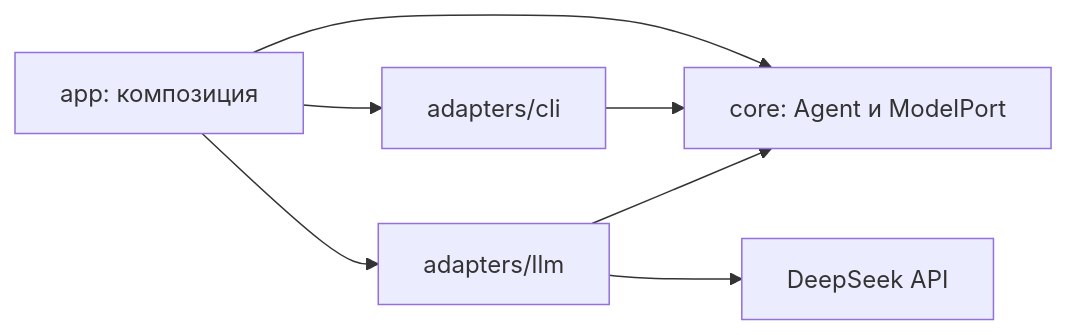
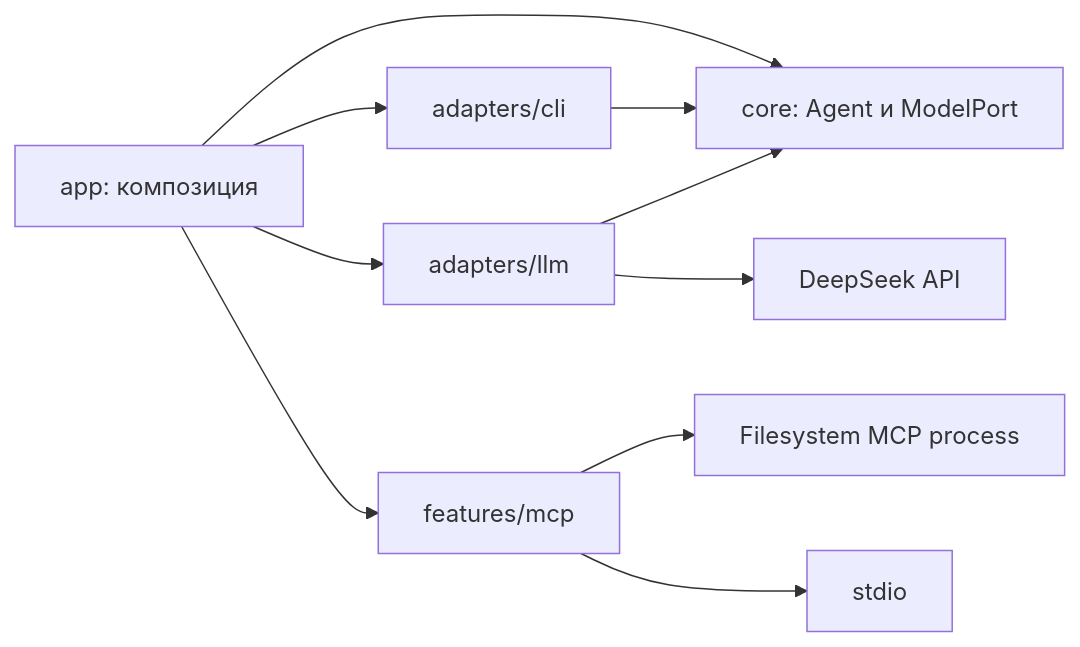
One commit to maxonmars/mcp-lab changed the diagram in ARCHITECTURE.md. Above: the diagram before and after it, drawn with Mermaid. The commit also changed other lines of this file and 44 other files, not shown here.

First line of the commit message:
Add MCP feature with filesystem tool discovery and CLI display

````diff
--- a/ARCHITECTURE.md
+++ b/ARCHITECTURE.md
@@ -11,9 +11,12 @@
 ```mermaid
 flowchart LR
     App[app: композиция] --> Core[core: Agent и ModelPort]
     App --> CLI[adapters/cli]
     App --> LLM[adapters/llm]
+    App --> MCP[features/mcp]
     CLI --> Core
     LLM --> Core
     LLM --> DeepSeek[DeepSeek API]
+    MCP --> Filesystem[Filesystem MCP process]
+    MCP --> Stdio[stdio]
 ```
````
